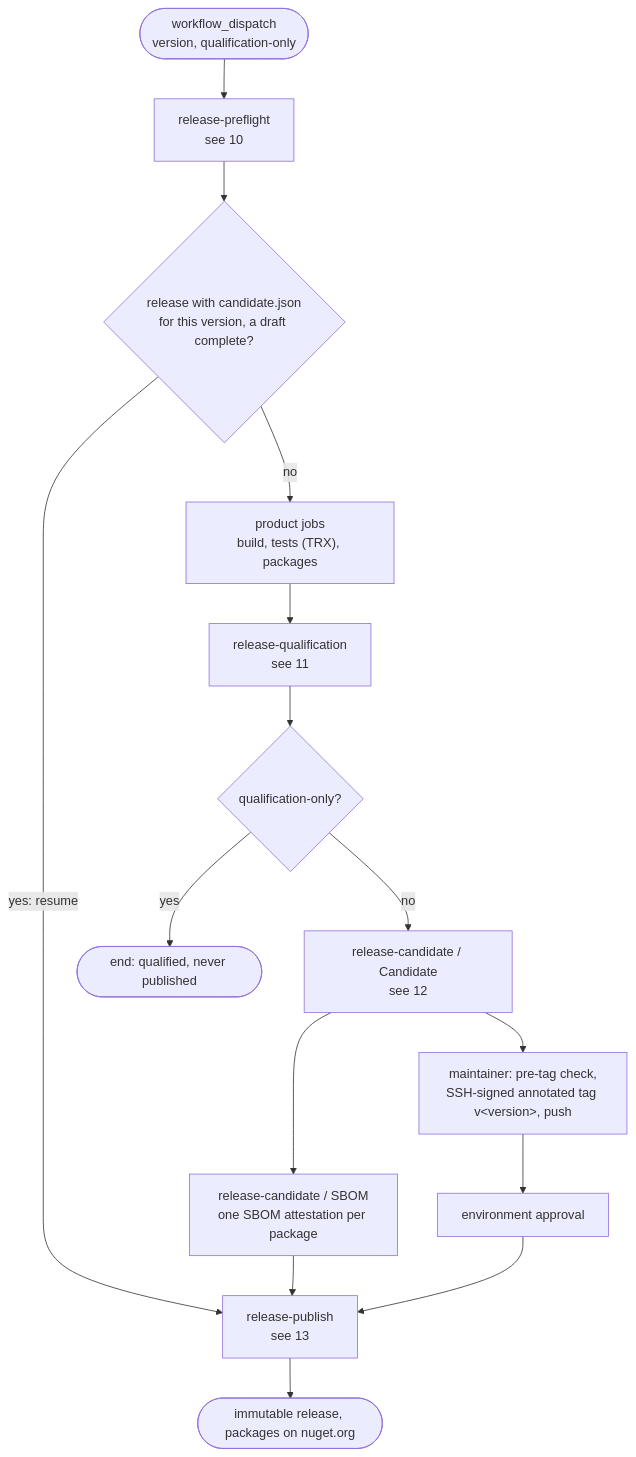
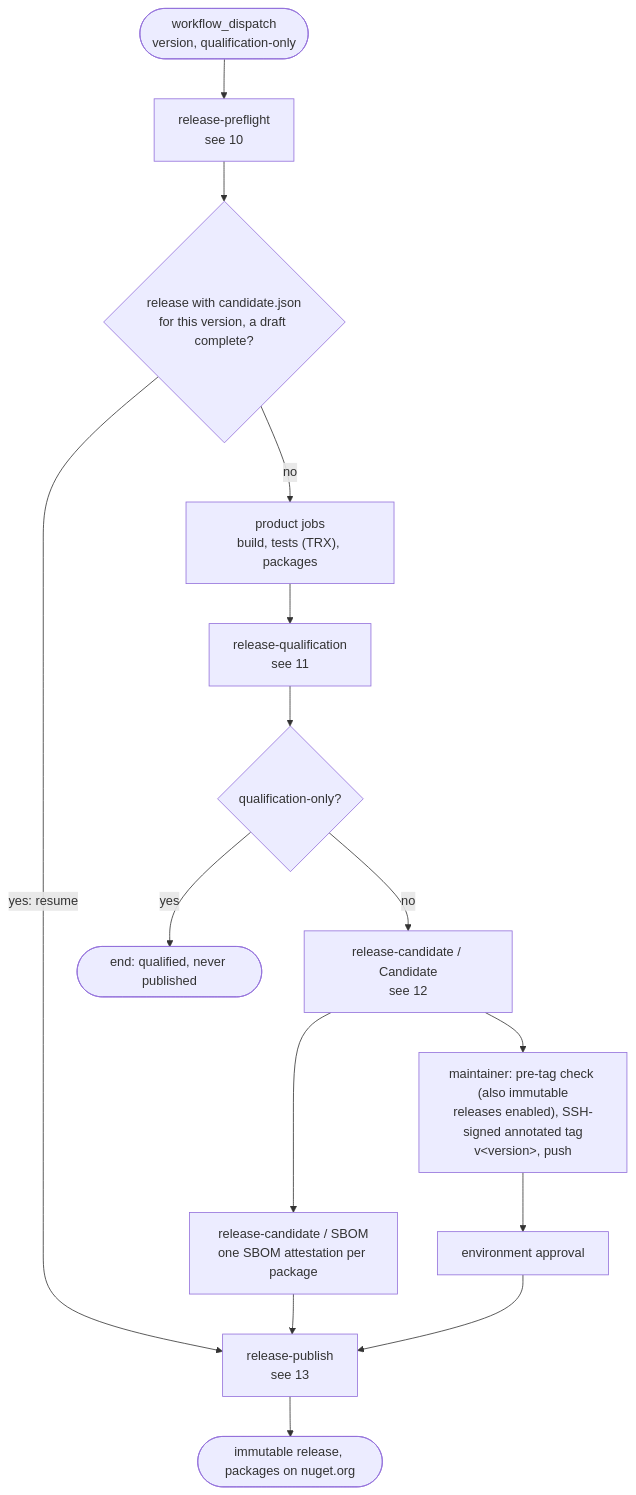
The ninth of 19 diagrams in docs/overview.md (doka-labs/workflows), drawn with Mermaid before and after one commit. The commit also changed other lines of this file and 25 other files, not shown here.

````diff
--- a/docs/overview.md
+++ b/docs/overview.md
@@ -247,17 +247,17 @@
 ```mermaid
 flowchart TB
   start(["workflow_dispatch<br/>version, qualification-only"]) --> pre["release-preflight<br/>see 10"]
   pre --> resume{"release with candidate.json<br/>for this version, a draft complete?"}
   resume -- "yes: resume" --> publish
   resume -- no --> build["product jobs<br/>build, tests (TRX), packages"]
   build --> qual["release-qualification<br/>see 11"]
   qual --> only{"qualification-only?"}
   only -- yes --> done1(["end: qualified, never published"])
   only -- no --> cand["release-candidate / Candidate<br/>see 12"]
   cand --> sbom["release-candidate / SBOM<br/>one SBOM attestation per package"]
-  cand --> tag["maintainer: pre-tag check,<br/>SSH-signed annotated tag v&lt;version&gt;, push"]
+  cand --> tag["maintainer: pre-tag check (also immutable<br/>releases enabled), SSH-signed annotated tag<br/>v&lt;version&gt;, push"]
   tag --> approve["environment approval"]
   sbom --> publish
   approve --> publish["release-publish<br/>see 13"]
   publish --> done2(["immutable release, packages on nuget.org"])
 ```
````
